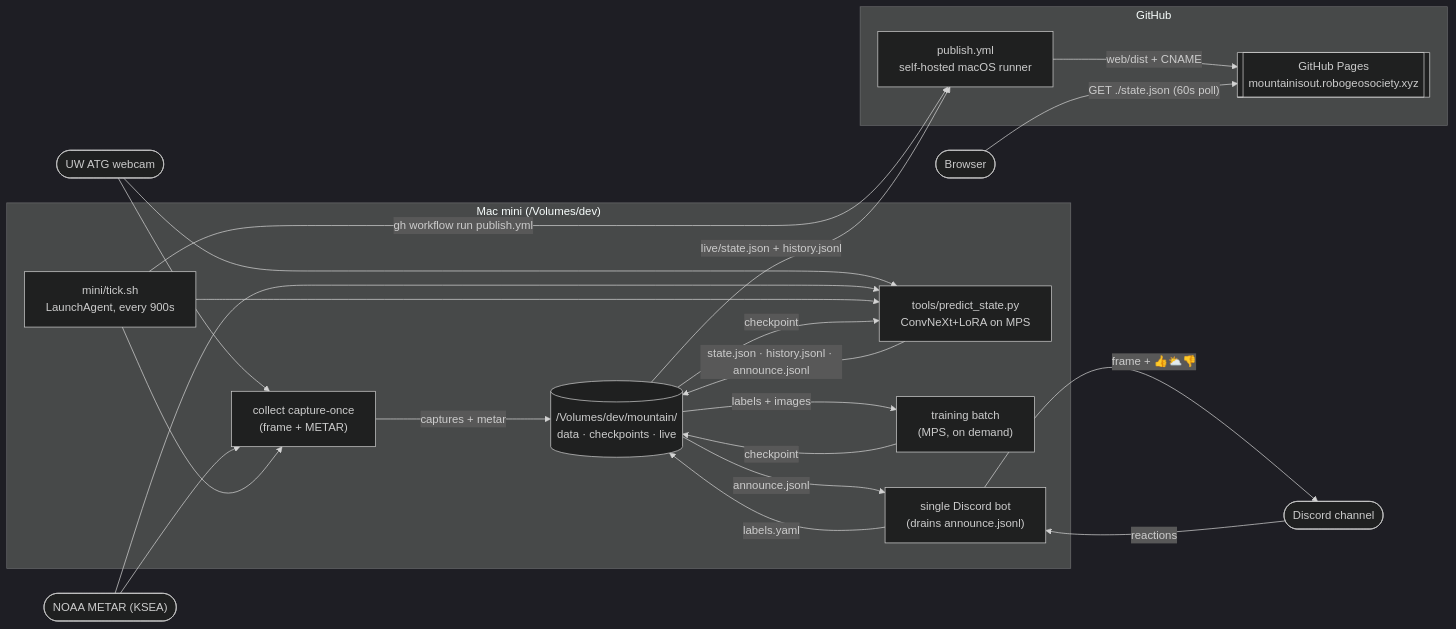
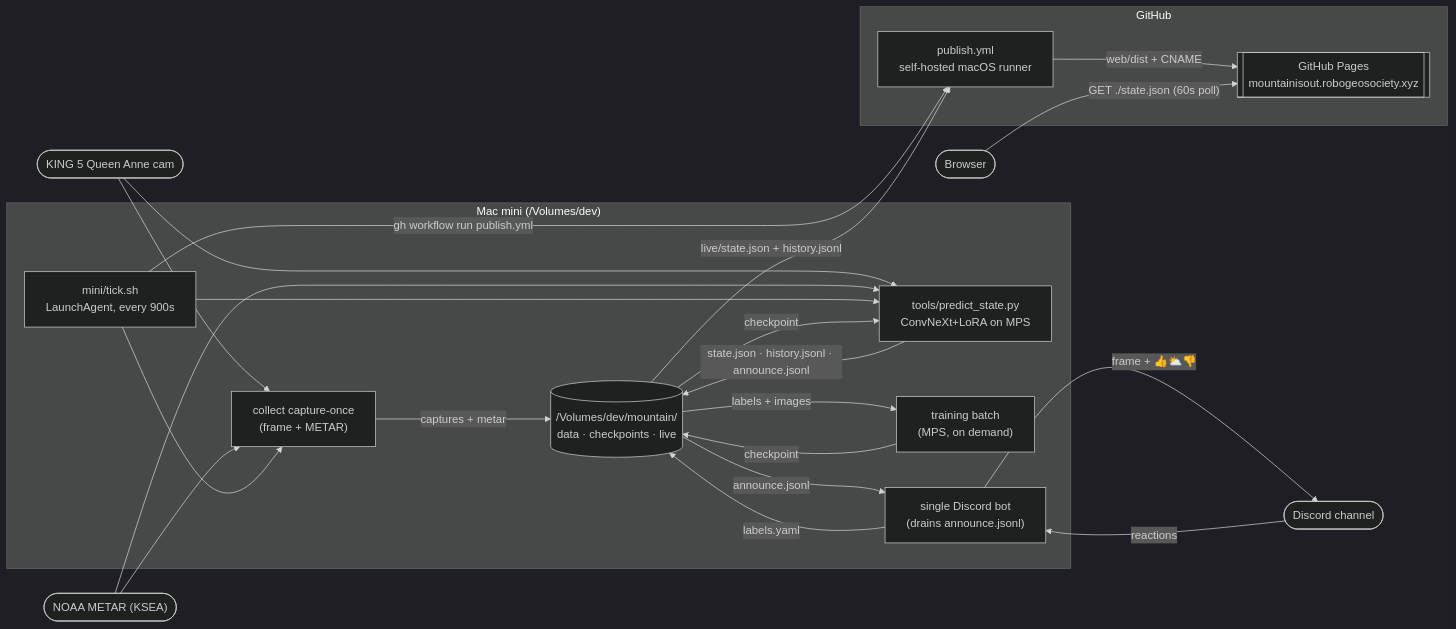
Before and after one commit to robogeosociety/is-the-mountain-out: the first of 3 diagrams in README.md, drawn with Mermaid (dark theme). The commit also changed other lines of this file and 14 other files, not shown here.

````diff
--- a/README.md
+++ b/README.md
@@ -72,39 +83,39 @@
 ```mermaid
 flowchart LR
   subgraph mini["Mac mini (/Volumes/dev)"]
     tick["mini/tick.sh<br/>LaunchAgent, every 900s"]
     collector["collect capture-once<br/>(frame + METAR)"]
     infer["tools/predict_state.py<br/>ConvNeXt+LoRA on MPS"]
     trainer["training batch<br/>(MPS, on demand)"]
     bot["single Discord bot<br/>(drains announce.jsonl)"]
     disk[("/Volumes/dev/mountain/<br/>data · checkpoints · live")]
   end
 
   subgraph gh["GitHub"]
     wf["publish.yml<br/>self-hosted macOS runner"]
     pages[["GitHub Pages<br/>mountainisout.robogeosociety.xyz"]]
   end
 
-  webcam(["UW ATG webcam"]) --> collector
+  webcam(["KING 5 Queen Anne cam"]) --> collector
   metar(["NOAA METAR (KSEA)"]) --> collector
   webcam --> infer
   metar --> infer
 
   tick --> collector
   tick --> infer
   collector -- "captures + metar" --> disk
   disk -- "checkpoint" --> infer
   infer -- "state.json · history.jsonl · announce.jsonl" --> disk
 
   tick -- "gh workflow run publish.yml" --> wf
   disk -- "live/state.json + history.jsonl" --> wf
   wf -- "web/dist + CNAME" --> pages
   browser(["Browser"]) -- "GET ./state.json (60s poll)" --> pages
 
   disk -- "announce.jsonl" --> bot
   bot -- "frame + 👍⛅👎" --> discord(["Discord channel"])
   discord -- "reactions" --> bot
   bot -- "labels.yaml" --> disk
   disk -- "labels + images" --> trainer
   trainer -- "checkpoint" --> disk
 ```
````
